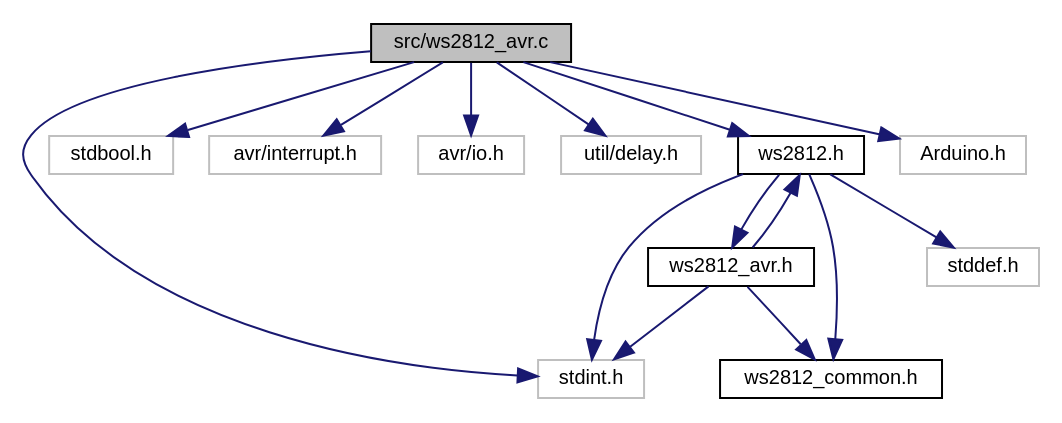
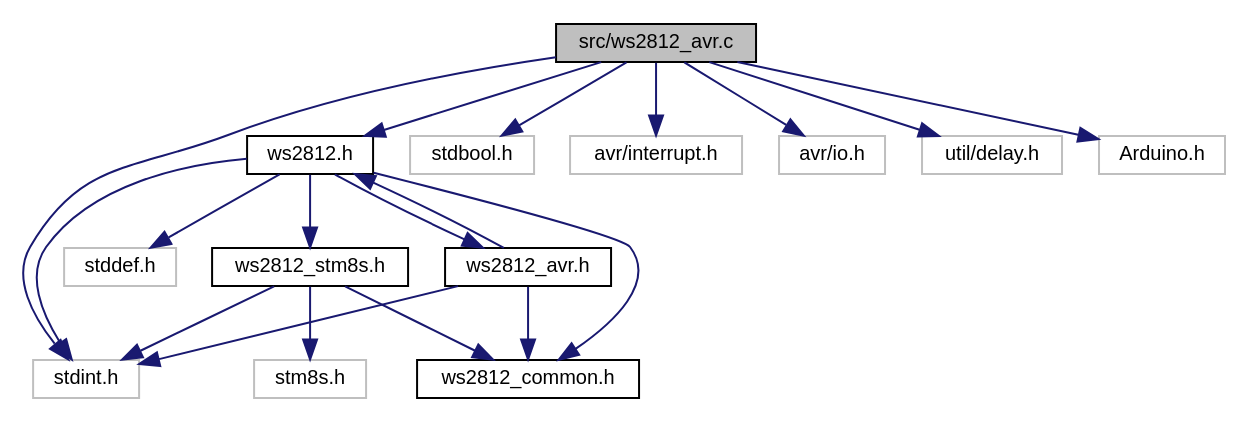
One commit to CTXz/TinyWS2812 changed the diagram in docs/ws2812__avr_8c__incl.dot. Above: the diagram before and after it, drawn with Graphviz. The commit also changed 169 other files, not shown here.

```diff
--- a/docs/ws2812__avr_8c__incl.dot
+++ b/docs/ws2812__avr_8c__incl.dot
@@ -1,31 +1,37 @@
 digraph "src/ws2812_avr.c"
 {
  // LATEX_PDF_SIZE
   edge [fontname="Helvetica",fontsize="10",labelfontname="Helvetica",labelfontsize="10"];
   node [fontname="Helvetica",fontsize="10",shape=record];
   Node1 [label="src/ws2812_avr.c",height=0.2,width=0.4,color="black", fillcolor="grey75", style="filled", fontcolor="black",tooltip="Driver code for AVR chips."];
   Node1 -> Node2 [color="midnightblue",fontsize="10",style="solid",fontname="Helvetica"];
   Node2 [label="stdint.h",height=0.2,width=0.4,color="grey75", fillcolor="white", style="filled",tooltip=" "];
   Node1 -> Node3 [color="midnightblue",fontsize="10",style="solid",fontname="Helvetica"];
   Node3 [label="stdbool.h",height=0.2,width=0.4,color="grey75", fillcolor="white", style="filled",tooltip=" "];
   Node1 -> Node4 [color="midnightblue",fontsize="10",style="solid",fontname="Helvetica"];
   Node4 [label="avr/interrupt.h",height=0.2,width=0.4,color="grey75", fillcolor="white", style="filled",tooltip=" "];
   Node1 -> Node5 [color="midnightblue",fontsize="10",style="solid",fontname="Helvetica"];
   Node5 [label="avr/io.h",height=0.2,width=0.4,color="grey75", fillcolor="white", style="filled",tooltip=" "];
   Node1 -> Node6 [color="midnightblue",fontsize="10",style="solid",fontname="Helvetica"];
   Node6 [label="util/delay.h",height=0.2,width=0.4,color="grey75", fillcolor="white", style="filled",tooltip=" "];
   Node1 -> Node7 [color="midnightblue",fontsize="10",style="solid",fontname="Helvetica"];
   Node7 [label="ws2812.h",height=0.2,width=0.4,color="black", fillcolor="white", style="filled",URL="$ws2812_8h.html",tooltip="Exposes the Tiny-WS2812 library interface."];
   Node7 -> Node8 [color="midnightblue",fontsize="10",style="solid",fontname="Helvetica"];
   Node8 [label="ws2812_avr.h",height=0.2,width=0.4,color="black", fillcolor="white", style="filled",URL="$ws2812__avr_8h.html",tooltip="Provides AVR platform specific definitions."];
   Node8 -> Node2 [color="midnightblue",fontsize="10",style="solid",fontname="Helvetica"];
   Node8 -> Node9 [color="midnightblue",fontsize="10",style="solid",fontname="Helvetica"];
   Node9 [label="ws2812_common.h",height=0.2,width=0.4,color="black", fillcolor="white", style="filled",URL="$ws2812__common_8h.html",tooltip="Definitions required by all platform specific headers."];
   Node8 -> Node7 [color="midnightblue",fontsize="10",style="solid",fontname="Helvetica"];
   Node7 -> Node10 [color="midnightblue",fontsize="10",style="solid",fontname="Helvetica"];
-  Node10 [label="stddef.h",height=0.2,width=0.4,color="grey75", fillcolor="white", style="filled",tooltip=" "];
+  Node10 [label="ws2812_stm8s.h",height=0.2,width=0.4,color="black", fillcolor="white", style="filled",URL="$ws2812__stm8s_8h.html",tooltip="Provides STM8S platform specific definitions."];
+  Node10 -> Node11 [color="midnightblue",fontsize="10",style="solid",fontname="Helvetica"];
+  Node11 [label="stm8s.h",height=0.2,width=0.4,color="grey75", fillcolor="white", style="filled",tooltip=" "];
+  Node10 -> Node2 [color="midnightblue",fontsize="10",style="solid",fontname="Helvetica"];
+  Node10 -> Node9 [color="midnightblue",fontsize="10",style="solid",fontname="Helvetica"];
+  Node7 -> Node12 [color="midnightblue",fontsize="10",style="solid",fontname="Helvetica"];
+  Node12 [label="stddef.h",height=0.2,width=0.4,color="grey75", fillcolor="white", style="filled",tooltip=" "];
   Node7 -> Node2 [color="midnightblue",fontsize="10",style="solid",fontname="Helvetica"];
   Node7 -> Node9 [color="midnightblue",fontsize="10",style="solid",fontname="Helvetica"];
-  Node1 -> Node11 [color="midnightblue",fontsize="10",style="solid",fontname="Helvetica"];
-  Node11 [label="Arduino.h",height=0.2,width=0.4,color="grey75", fillcolor="white", style="filled",tooltip=" "];
+  Node1 -> Node13 [color="midnightblue",fontsize="10",style="solid",fontname="Helvetica"];
+  Node13 [label="Arduino.h",height=0.2,width=0.4,color="grey75", fillcolor="white", style="filled",tooltip=" "];
 }
```
